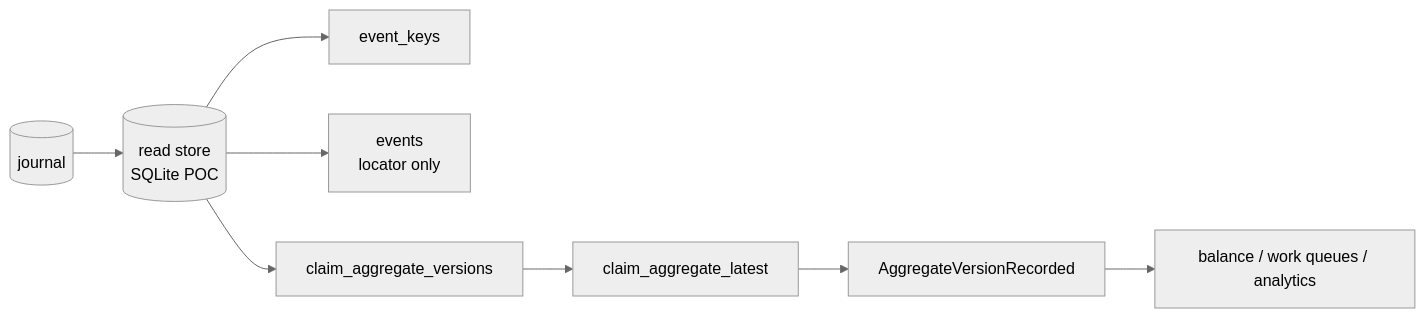
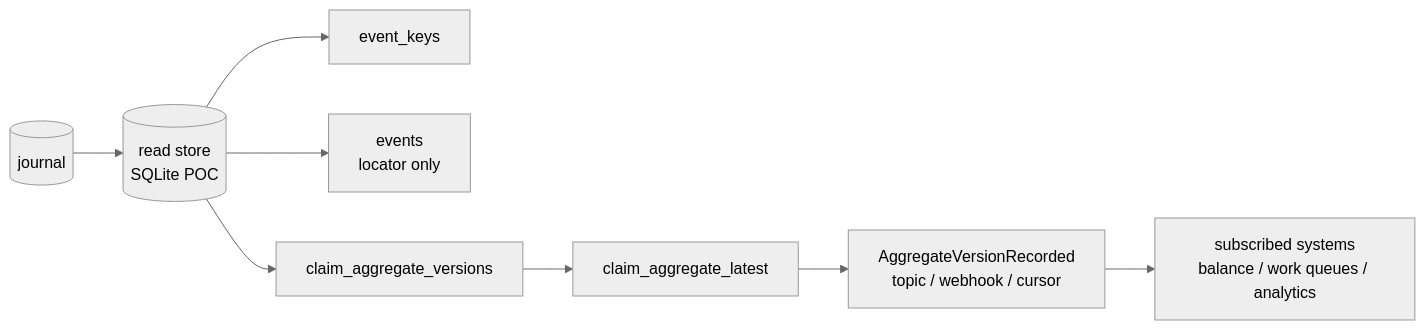
The second of 2 diagrams in README.md (AlexJReid/scribe), drawn with Mermaid (neutral theme) before and after one commit. The commit also changed other lines of this file, not shown here.

Commit message:
good points

````diff
--- a/README.md
+++ b/README.md
@@ -62,19 +64,19 @@
 ```mermaid
 flowchart LR
     journal[("journal")]
     store[("read store<br/>SQLite POC")]
     keys["event_keys"]
     events["events<br/>locator only"]
     versions["claim_aggregate_versions"]
     latest["claim_aggregate_latest"]
-    notify["AggregateVersionRecorded"]
-    projections["balance / work queues / analytics"]
+    notify["AggregateVersionRecorded<br/>topic / webhook / cursor"]
+    subscribers["subscribed systems<br/>balance / work queues / analytics"]
 
     journal --> store
     store --> keys
     store --> events
     store --> versions
     versions --> latest
     latest --> notify
-    notify --> projections
+    notify --> subscribers
 ```
````
